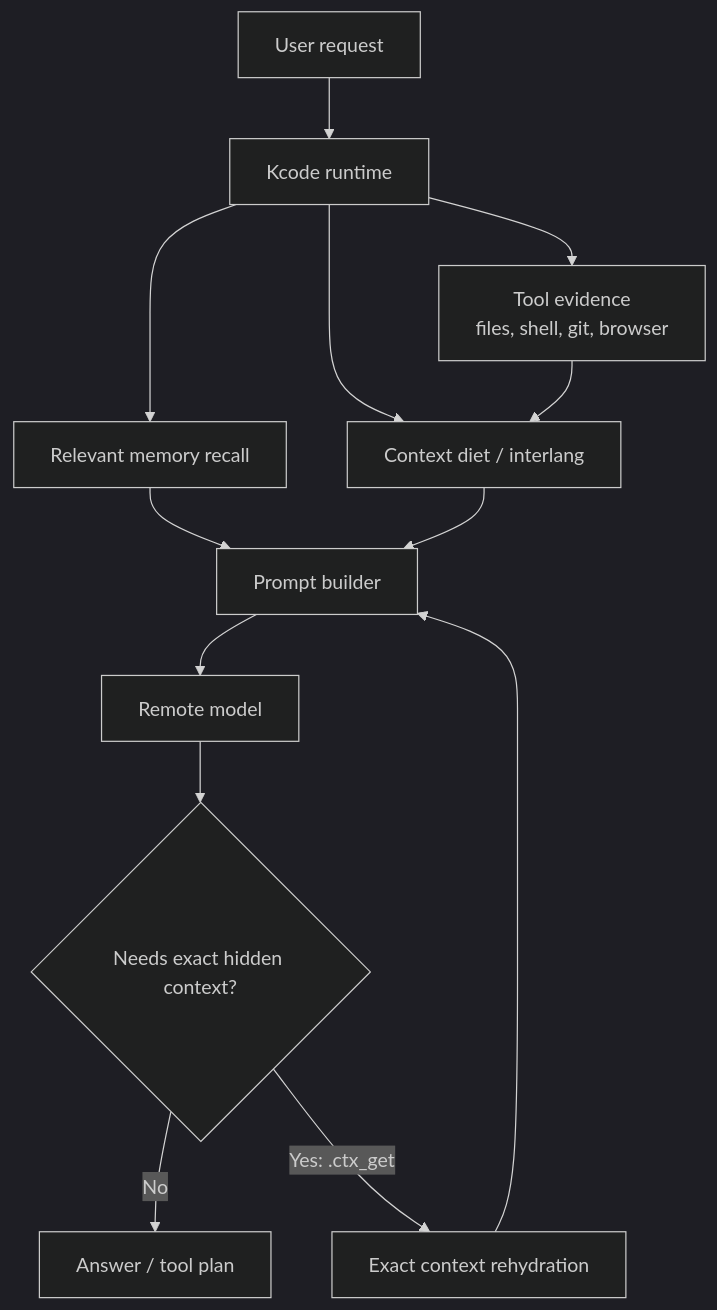
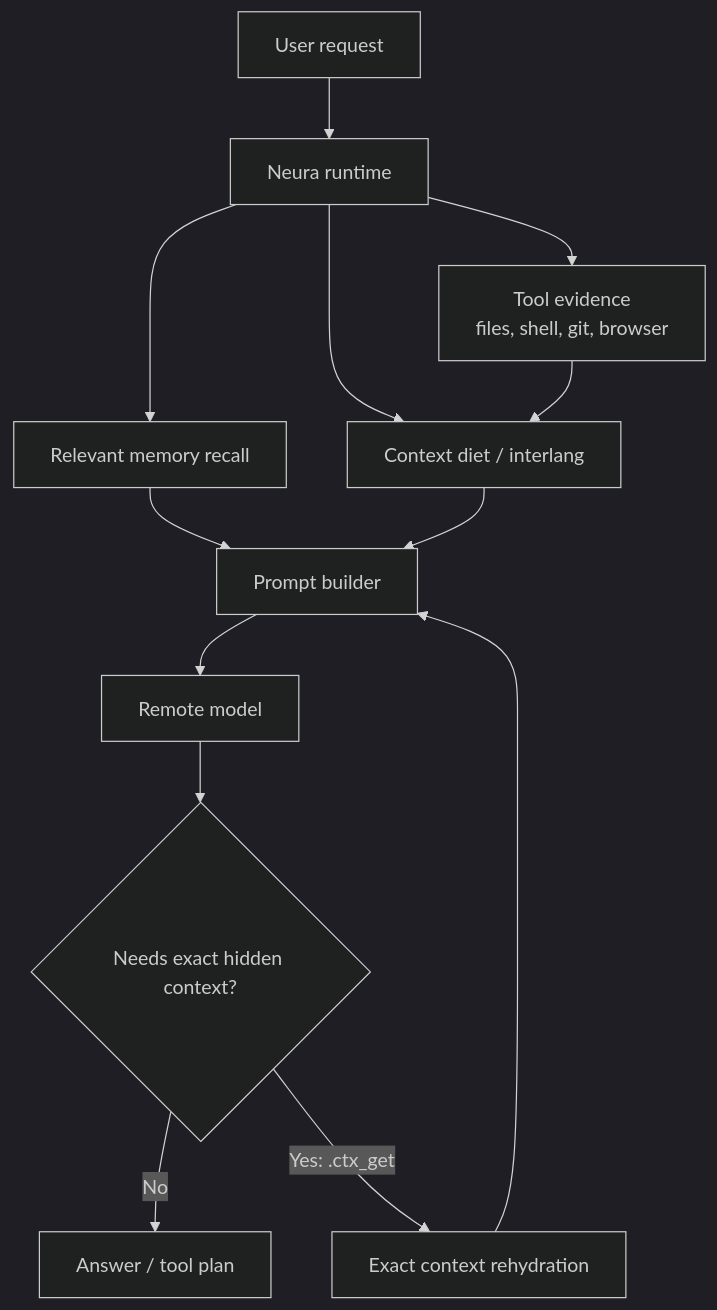
Before and after one commit to icedmoca/neura: diagram 15 of 26 in docs/ABOUT.md, drawn with Mermaid (dark theme). The commit also changed other lines of this file and 562 other files, not shown here.

Commit message:
Rename Kcode to Neura

````diff
--- a/docs/ABOUT.md
+++ b/docs/ABOUT.md
@@ -565,15 +565,15 @@
 ```mermaid
 flowchart TD
-    User[User request] --> Runtime[Kcode runtime]
+    User[User request] --> Runtime[Neura runtime]
     Runtime --> Memory[Relevant memory recall]
     Runtime --> Tools[Tool evidence\nfiles, shell, git, browser]
     Runtime --> Diet[Context diet / interlang]
     Tools --> Diet
     Memory --> Prompt[Prompt builder]
     Diet --> Prompt
     Prompt --> Remote[Remote model]
     Remote --> Check{Needs exact hidden context?}
     Check -->|No| Answer[Answer / tool plan]
     Check -->|Yes: .ctx_get| Rehydrate[Exact context rehydration]
     Rehydrate --> Prompt
 ```
````
